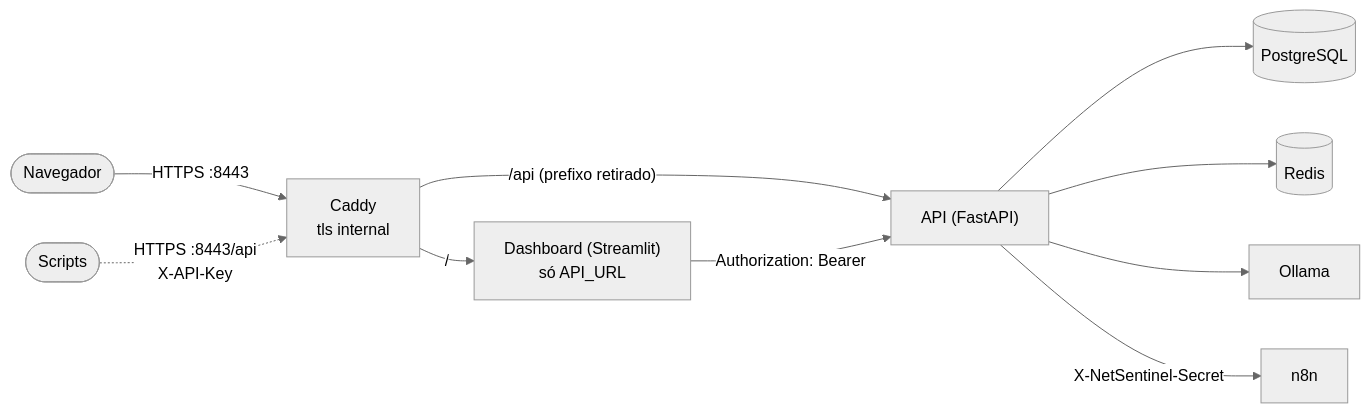
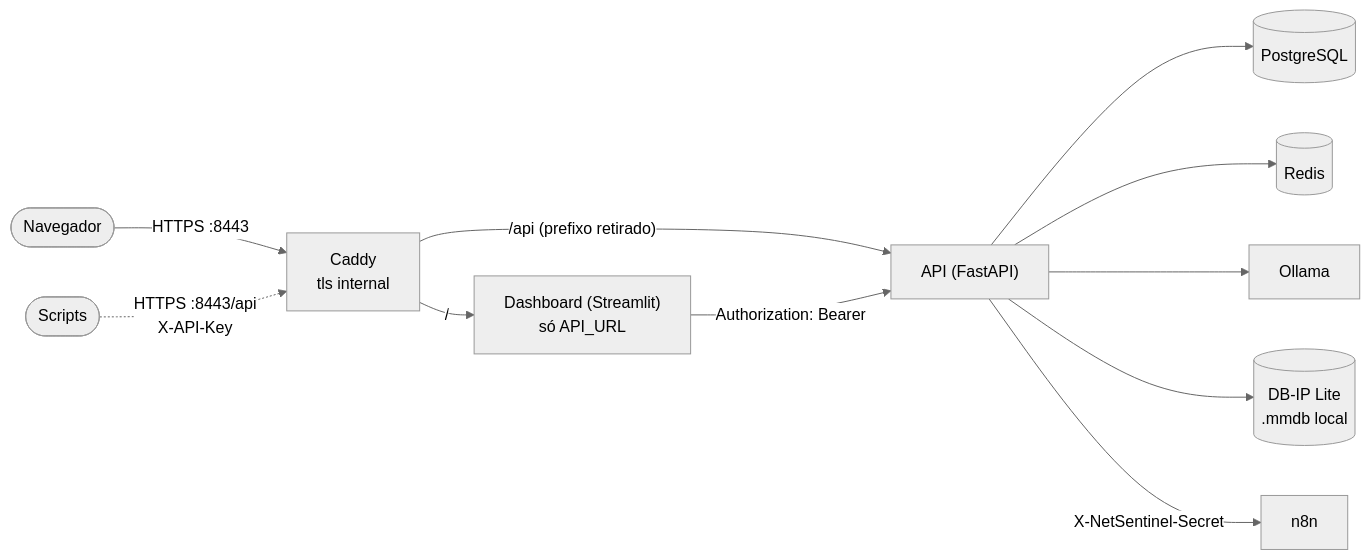
The diagram in docs/ARQUITETURA.md (Peroba-7/netsentinel), drawn with Mermaid (neutral theme) before and after one commit. The commit also changed other lines of this file and 26 other files, not shown here.

````diff
--- a/docs/ARQUITETURA.md
+++ b/docs/ARQUITETURA.md
@@ -7,12 +7,13 @@
 ```mermaid
 flowchart LR
     browser(["Navegador"]) -->|"HTTPS :8443"| caddy["Caddy<br/>tls internal"]
     script(["Scripts"]) -.->|"HTTPS :8443/api<br/>X-API-Key"| caddy
     caddy -->|"/"| dash["Dashboard (Streamlit)<br/>só API_URL"]
     caddy -->|"/api (prefixo retirado)"| api["API (FastAPI)"]
     dash -->|"Authorization: Bearer"| api
     api --> pg[("PostgreSQL")]
     api --> redis[("Redis")]
     api --> ollama["Ollama"]
+    api --> geo[("DB-IP Lite<br/>.mmdb local")]
     api -->|"X-NetSentinel-Secret"| n8n["n8n"]
 ```
````
